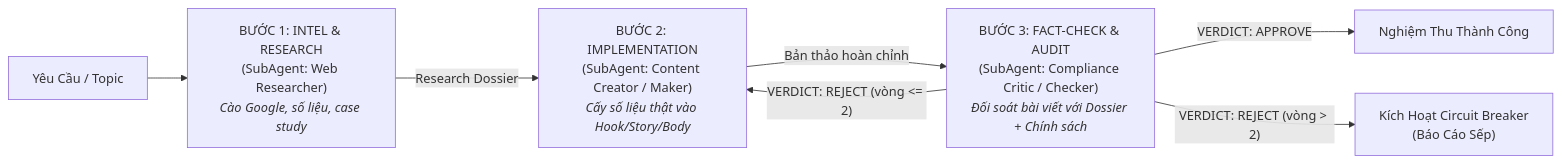
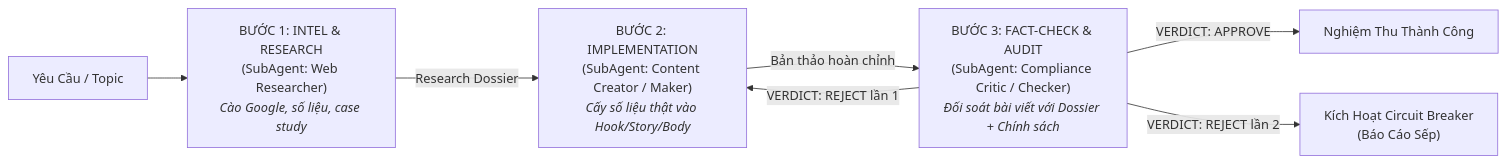
The diagram in AGENTS.md (sumita-dev/Antigravity-Harness-HuB), drawn with Mermaid before and after one commit. The commit also changed other lines of this file and 25 other files, not shown here.

````diff
--- a/AGENTS.md
+++ b/AGENTS.md
@@ -62,9 +62,9 @@
 ```mermaid
 flowchart LR
     A["Yêu Cầu / Topic"] --> B["BƯỚC 1: INTEL & RESEARCH<br/>(SubAgent: Web Researcher)<br/><i>Cào Google, số liệu, case study</i>"]
     B -->|"Research Dossier"| C["BƯỚC 2: IMPLEMENTATION<br/>(SubAgent: Content Creator / Maker)<br/><i>Cấy số liệu thật vào Hook/Story/Body</i>"]
     C -->|"Bản thảo hoàn chỉnh"| D["BƯỚC 3: FACT-CHECK & AUDIT<br/>(SubAgent: Compliance Critic / Checker)<br/><i>Đối soát bài viết với Dossier + Chính sách</i>"]
     D -->|"VERDICT: APPROVE"| E["Nghiệm Thu Thành Công"]
-    D -->|"VERDICT: REJECT (vòng <= 2)"| C
-    D -->|"VERDICT: REJECT (vòng > 2)"| F["Kích Hoạt Circuit Breaker<br/>(Báo Cáo Sếp)"]
+    D -->|"VERDICT: REJECT lần 1"| C
+    D -->|"VERDICT: REJECT lần 2"| F["Kích Hoạt Circuit Breaker<br/>(Báo Cáo Sếp)"]
 ```
````
